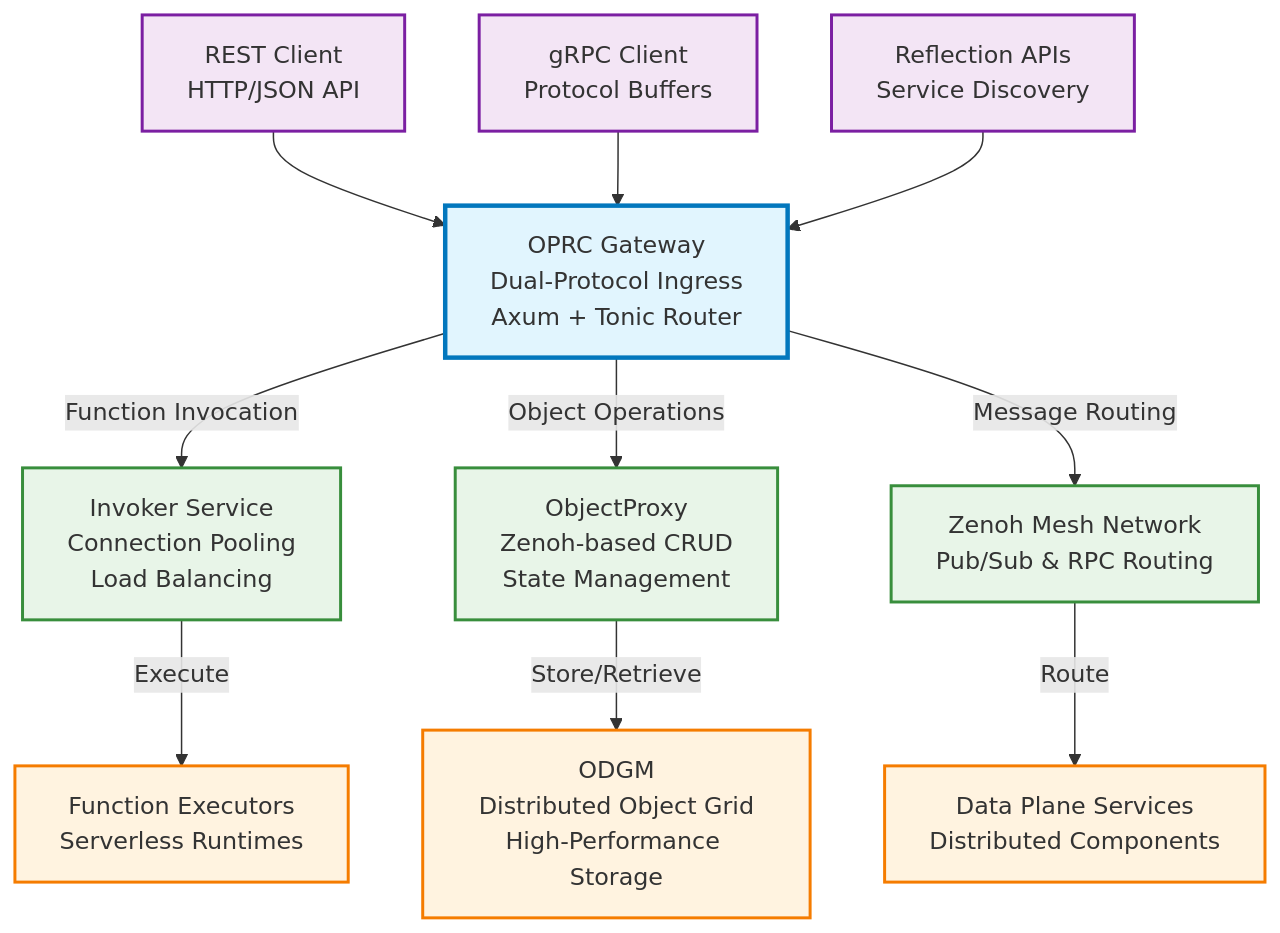
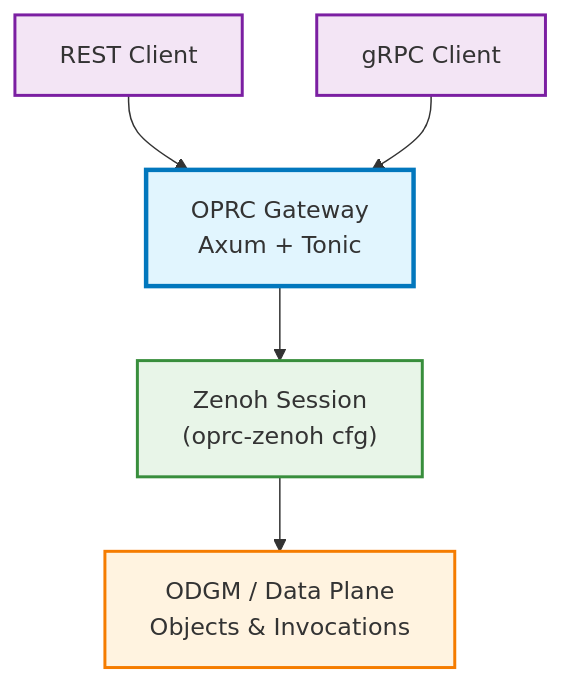
One commit to pawissanutt/oaas-rs changed the diagram in data-plane/oprc-gateway/README.md. Above: the diagram before and after it, drawn with Mermaid. The commit also changed other lines of this file and 70 other files, not shown here.

````diff
--- a/data-plane/oprc-gateway/README.md
+++ b/data-plane/oprc-gateway/README.md
@@ -19,27 +15,17 @@
 ```mermaid
 graph TD
-    RC[REST Client<br/>HTTP/JSON API] --> GW
-    GC[gRPC Client<br/>Protocol Buffers] --> GW
-    RA[Reflection APIs<br/>Service Discovery] --> GW
-    
-    GW[OPRC Gateway<br/>Dual-Protocol Ingress<br/>Axum + Tonic Router]
-    
-    GW -->|Function Invocation| INV[Invoker Service<br/>Connection Pooling<br/>Load Balancing]
-    GW -->|Object Operations| OP[ObjectProxy<br/>Zenoh-based CRUD<br/>State Management]
-    GW -->|Message Routing| ZM[Zenoh Mesh Network<br/>Pub/Sub & RPC Routing]
-    
-    INV -->|Execute| FE[Function Executors<br/>Serverless Runtimes]
-    OP -->|Store/Retrieve| ODGM[ODGM<br/>Distributed Object Grid<br/>High-Performance Storage]
-    ZM -->|Route| DPS[Data Plane Services<br/>Distributed Components]
-    
+    RC[REST Client] --> GW
+    GC[gRPC Client] --> GW
+
+    GW["OPRC Gateway 
+    Axum + Tonic"] --> ZH["Zenoh Session
+    (oprc-zenoh cfg)"]
+    ZH --> ODGM["ODGM / Data Plane
+    Objects & Invocations"]
+
     style GW fill:#e1f5fe,stroke:#0277bd,stroke-width:3px
     style RC fill:#f3e5f5,stroke:#7b1fa2,stroke-width:2px
     style GC fill:#f3e5f5,stroke:#7b1fa2,stroke-width:2px
-    style RA fill:#f3e5f5,stroke:#7b1fa2,stroke-width:2px
-    style INV fill:#e8f5e8,stroke:#388e3c,stroke-width:2px
-    style OP fill:#e8f5e8,stroke:#388e3c,stroke-width:2px
-    style ZM fill:#e8f5e8,stroke:#388e3c,stroke-width:2px
-    style FE fill:#fff3e0,stroke:#f57c00,stroke-width:2px
+    style ZH fill:#e8f5e8,stroke:#388e3c,stroke-width:2px
     style ODGM fill:#fff3e0,stroke:#f57c00,stroke-width:2px
-    style DPS fill:#fff3e0,stroke:#f57c00,stroke-width:2px
 ```
````
